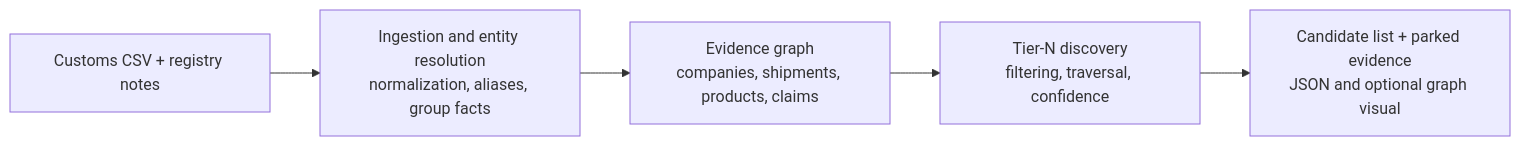
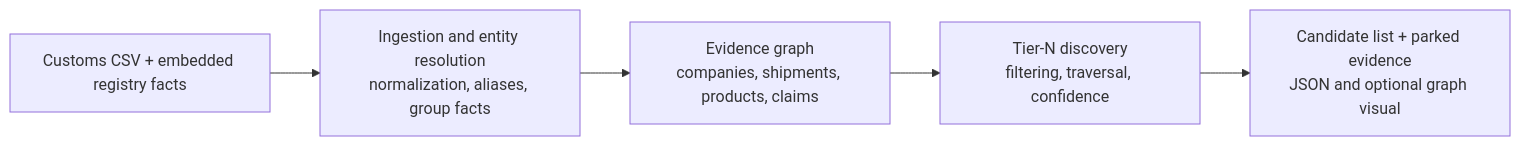
The first of 2 diagrams in architecture.md (agsti/customs_graph), drawn with Mermaid before and after one commit. The commit also changed other lines of this file and 6 other files, not shown here.

````diff
--- a/architecture.md
+++ b/architecture.md
@@ -20,10 +20,10 @@
 ```mermaid
 flowchart LR
-    Sources[Customs CSV + registry notes]
+    Sources[Customs CSV + embedded registry facts]
     Resolve[Ingestion and entity resolution<br/>normalization, aliases, group facts]
     Graph[Evidence graph<br/>companies, shipments, products, claims]
     Discover[Tier-N discovery<br/>filtering, traversal, confidence]
     Outputs[Candidate list + parked evidence<br/>JSON and optional graph visual]
 
     Sources --> Resolve --> Graph --> Discover --> Outputs
 ```
````
